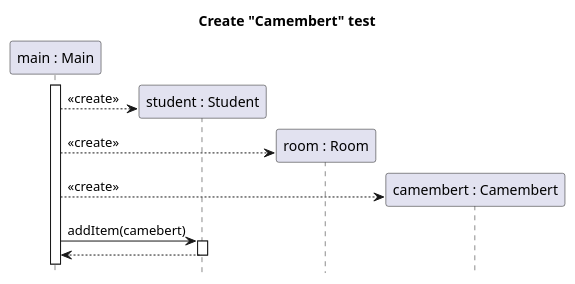
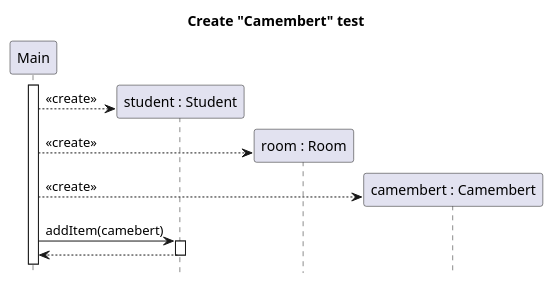
One commit to sn4k3ch4rm3r/logarlec changed the diagram in docs/diagrams/test-create-sequence/student-use-camembert-create.puml. Above: the diagram before and after it, drawn with PlantUML. The commit also changed 20 other files, not shown here.

Commit message:
Fixed initializer sequences

```diff
--- a/docs/diagrams/test-create-sequence/student-use-camembert-create.puml
+++ b/docs/diagrams/test-create-sequence/student-use-camembert-create.puml
@@ -1,20 +1,20 @@
 @startuml student-use-camembert-create
 title Create "Camembert" test
 hide footbox
 
-participant "main : Main" as main
+participant "Main" as main
 participant "student : Student" as student
 participant "room : Room" as room
 participant "camembert : Camembert" as camembert
 
 main++
 create student
 main --> student : <<create>>
 create room
 main --> room : <<create>>
 create camembert
 main --> camembert : <<create>>
 main -> student ++ : addItem(camebert)
 return
 
 @enduml
```
